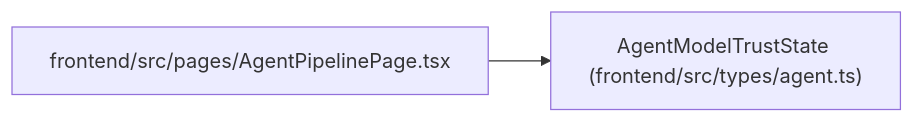
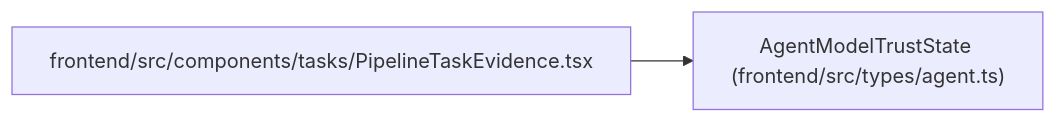
The diagram in docs/llm_wiki/entities/AgentModelTrustState.md (Denissvgn/WorkChord), drawn with Mermaid before and after one commit. The commit also changed other lines of this file and 2373 other files, not shown here.

````diff
--- a/docs/llm_wiki/entities/AgentModelTrustState.md
+++ b/docs/llm_wiki/entities/AgentModelTrustState.md
@@ -28,8 +28,8 @@
 ```mermaid
 flowchart LR
     n0["AgentModelTrustState (frontend/src/types/agent.ts)"]
-    n1["frontend/src/pages/AgentPipelinePage.tsx"]
+    n1["frontend/src/components/tasks/PipelineTaskEvidence.tsx"]
     n1 --> n0
     click n0 "../modules/types_agent.md"
-    click n1 "../modules/AgentPipelinePage.md"
+    click n1 "../modules/PipelineTaskEvidence.md"
 ```
````
